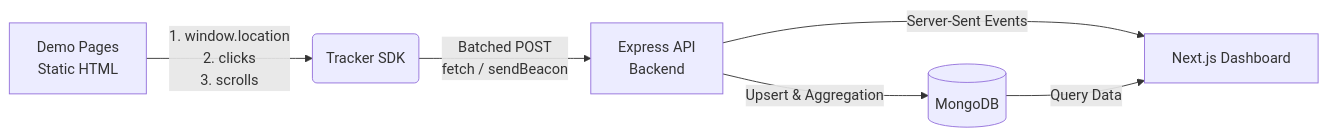
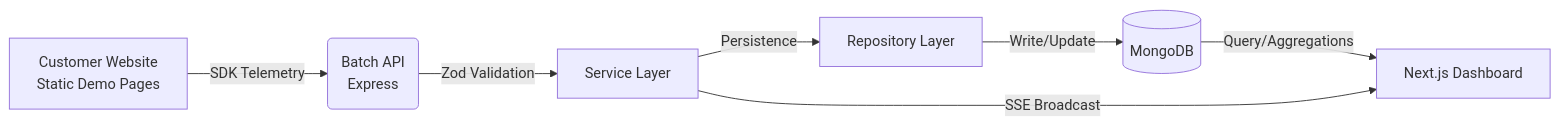
One commit to urvagandhi/User-Analytics-Application changed the first of 9 diagrams in README.md. Above: the diagram before and after it, drawn with Mermaid. The commit also changed other lines of this file and 2 other files, not shown here.

````diff
--- a/README.md
+++ b/README.md
@@ -44,8 +36,9 @@
 ```mermaid
 flowchart LR
-    A[Demo Pages\nStatic HTML] -->|1. window.location\n2. clicks\n3. scrolls| B(Tracker SDK)
-    B -->|Batched POST\nfetch / sendBeacon| C[Express API\nBackend]
-    C -->|Upsert & Aggregation| D[(MongoDB)]
-    C -->|Server-Sent Events| E[Next.js Dashboard]
-    D -->|Query Data| E
+    A[Customer Website\nStatic Demo Pages] -->|SDK Telemetry| B(Batch API\nExpress)
+    B -->|Zod Validation| C[Service Layer]
+    C -->|Persistence| D[Repository Layer]
+    D -->|Write/Update| E[(MongoDB)]
+    E -->|Query/Aggregations| F[Next.js Dashboard]
+    C -->|SSE Broadcast| F
 ```
````
